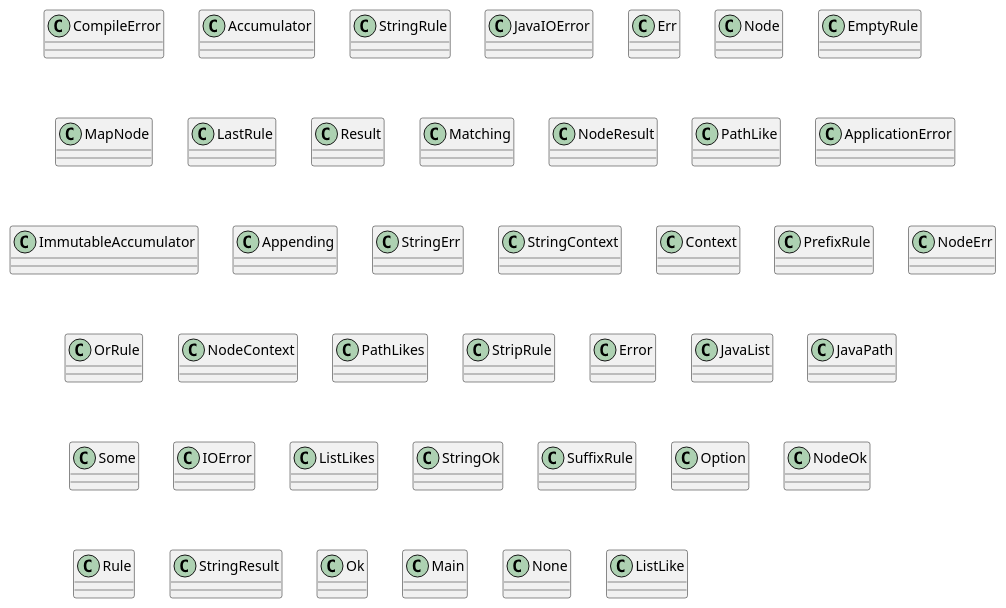
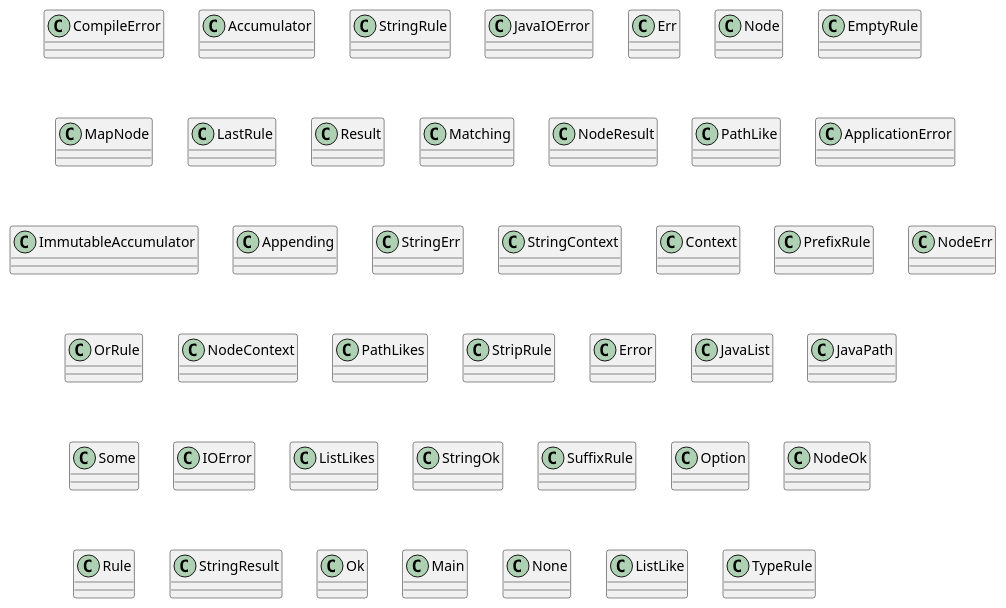
The diagram in diagram.puml (SirMathhman/Magma), drawn with PlantUML before and after one commit. The commit also changed 3 other files, not shown here.

```diff
--- a/diagram.puml
+++ b/diagram.puml
@@ -1,45 +1,46 @@
 @startuml
 skinparam linetype ortho
 class CompileError
 class Accumulator
 class StringRule
 class JavaIOError
 class Err
 class Node
 class EmptyRule
 class MapNode
 class LastRule
 class Result
 class Matching
 class NodeResult
 class PathLike
 class ApplicationError
 class ImmutableAccumulator
 class Appending
 class StringErr
 class StringContext
 class Context
 class PrefixRule
 class NodeErr
 class OrRule
 class NodeContext
 class PathLikes
 class StripRule
 class Error
 class JavaList
 class JavaPath
 class Some
 class IOError
 class ListLikes
 class StringOk
 class SuffixRule
 class Option
 class NodeOk
 class Rule
 class StringResult
 class Ok
 class Main
 class None
 class ListLike
+class TypeRule
 
 @enduml
```
